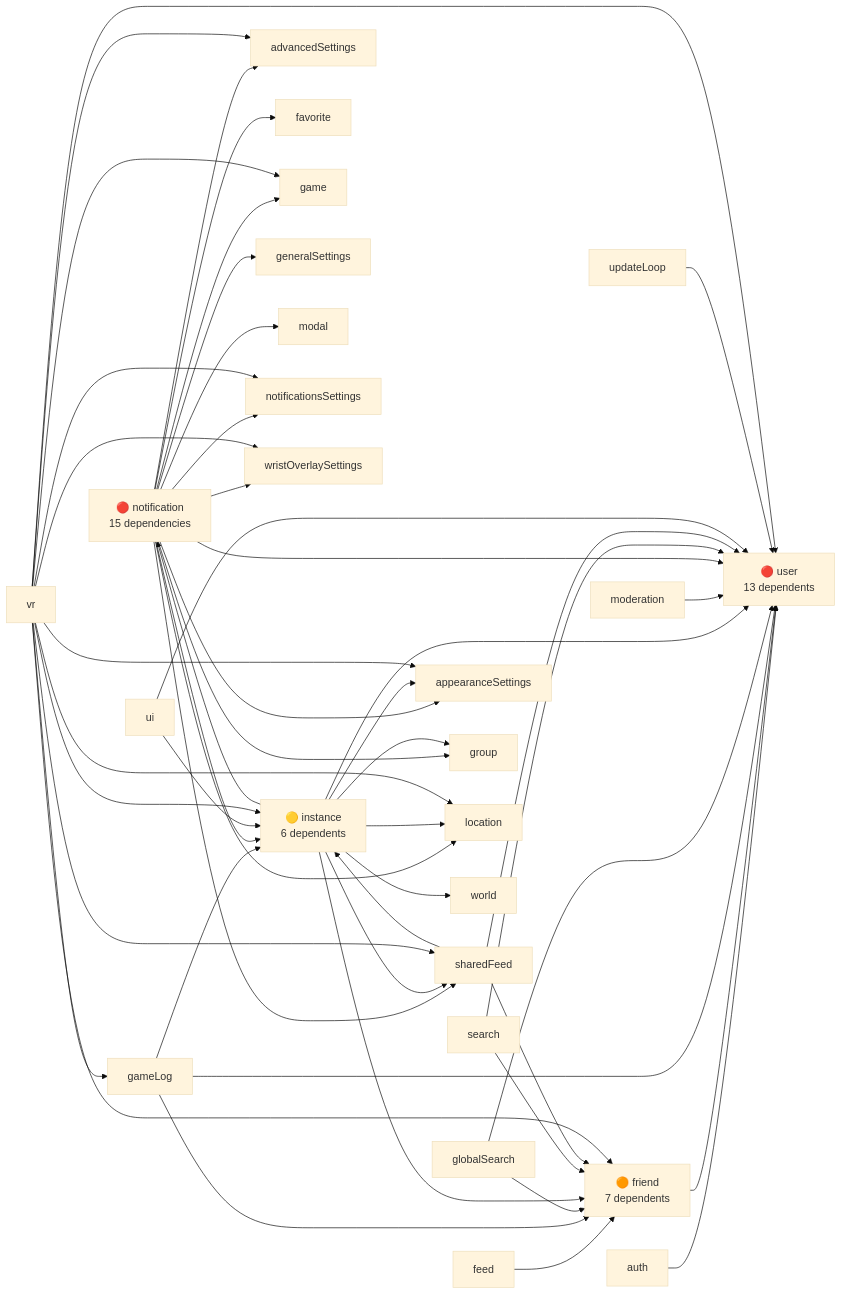
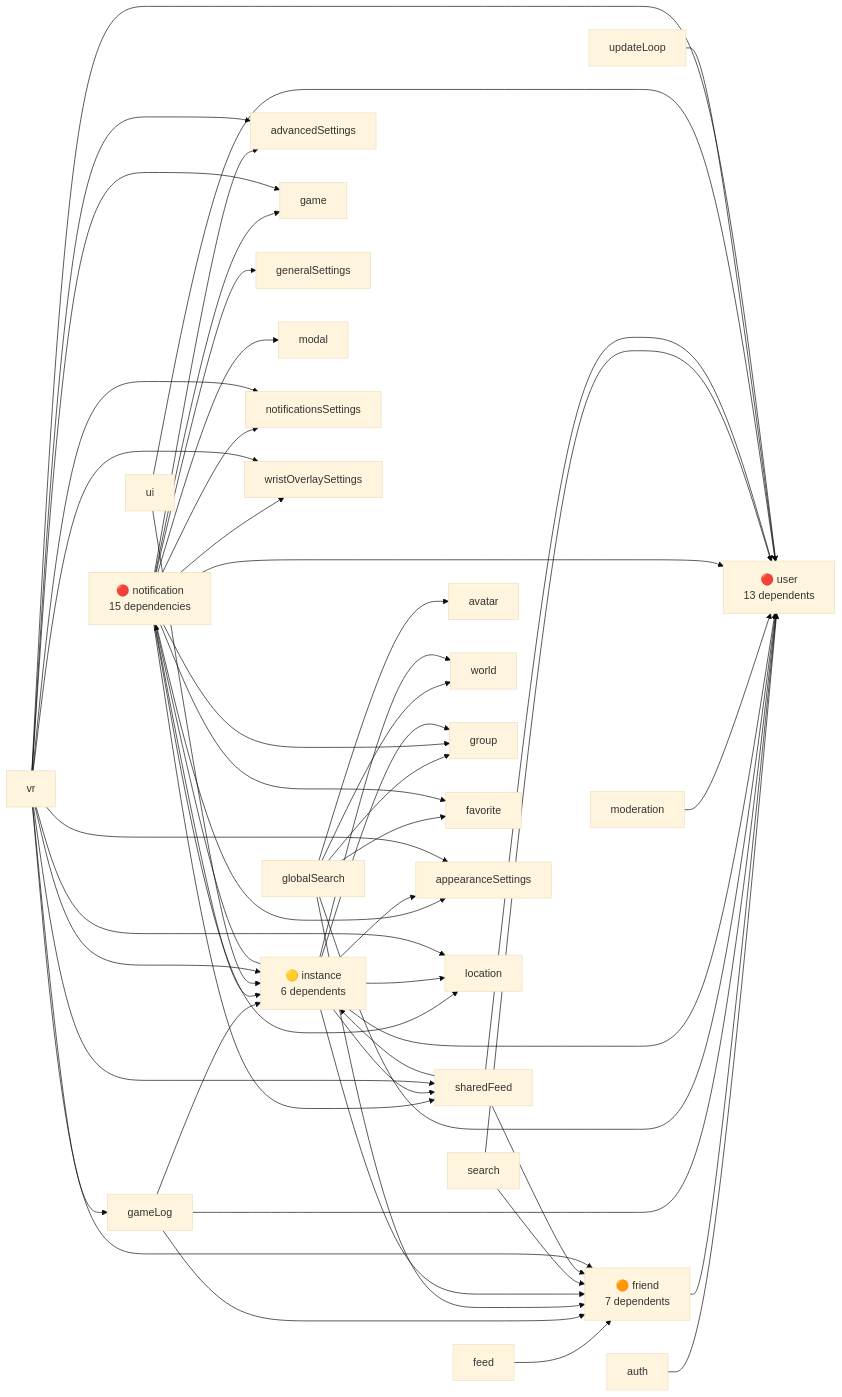
One commit to Map1en/vrcx-docs changed the diagram in en/architecture/dependencies.md. Above: the diagram before and after it, drawn with Mermaid (base theme). The commit also changed other lines of this file and 17 other files, not shown here.

````diff
--- a/en/architecture/dependencies.md
+++ b/en/architecture/dependencies.md
@@ -5,70 +5,76 @@
 ```mermaid
 graph LR
     %% High-risk hubs (red)
     user["🔴 user<br/>13 dependents"]
     notification["🔴 notification<br/>15 dependencies"]
     
     %% Medium-high risk (orange)
     friend["🟠 friend<br/>7 dependents"]
     instance["🟡 instance<br/>6 dependents"]
     
     %% Stores that depend on user
     auth --> user
     friend --> user
     gameLog --> user
     globalSearch --> user
     instance --> user
     moderation --> user
     notification --> user
     search --> user
     sharedFeed --> user
     ui --> user
     updateLoop --> user
     vr --> user
 
     %% Stores that depend on friend
     feed --> friend
     gameLog --> friend
     globalSearch --> friend
     instance --> friend
     search --> friend
     sharedFeed --> friend
     vr --> friend
+
+    %% Additional globalSearch dependencies (via Web Worker)
+    globalSearch --> avatar
+    globalSearch --> world
+    globalSearch --> group
+    globalSearch --> favorite
 
     %% Stores that depend on instance
     gameLog --> instance
     notification --> instance
     sharedFeed --> instance
     ui --> instance
     vr --> instance
 
     %% Notification dependencies (it imports many stores)
     notification --> advancedSettings
     notification --> appearanceSettings
     notification --> favorite
     notification --> game
     notification --> generalSettings
     notification --> group
     notification --> location
     notification --> modal
     notification --> notificationsSettings
     notification --> sharedFeed
     notification --> wristOverlaySettings
 
     %% Other notable dependencies
     instance --> appearanceSettings
     instance --> group
     instance --> location
     instance --> notification
     instance --> sharedFeed
     instance --> world
 
     vr --> advancedSettings
     vr --> appearanceSettings
     vr --> gameLog
     vr --> game
     vr --> location
     vr --> notificationsSettings
     vr --> sharedFeed
     vr --> wristOverlaySettings
 ```
````
